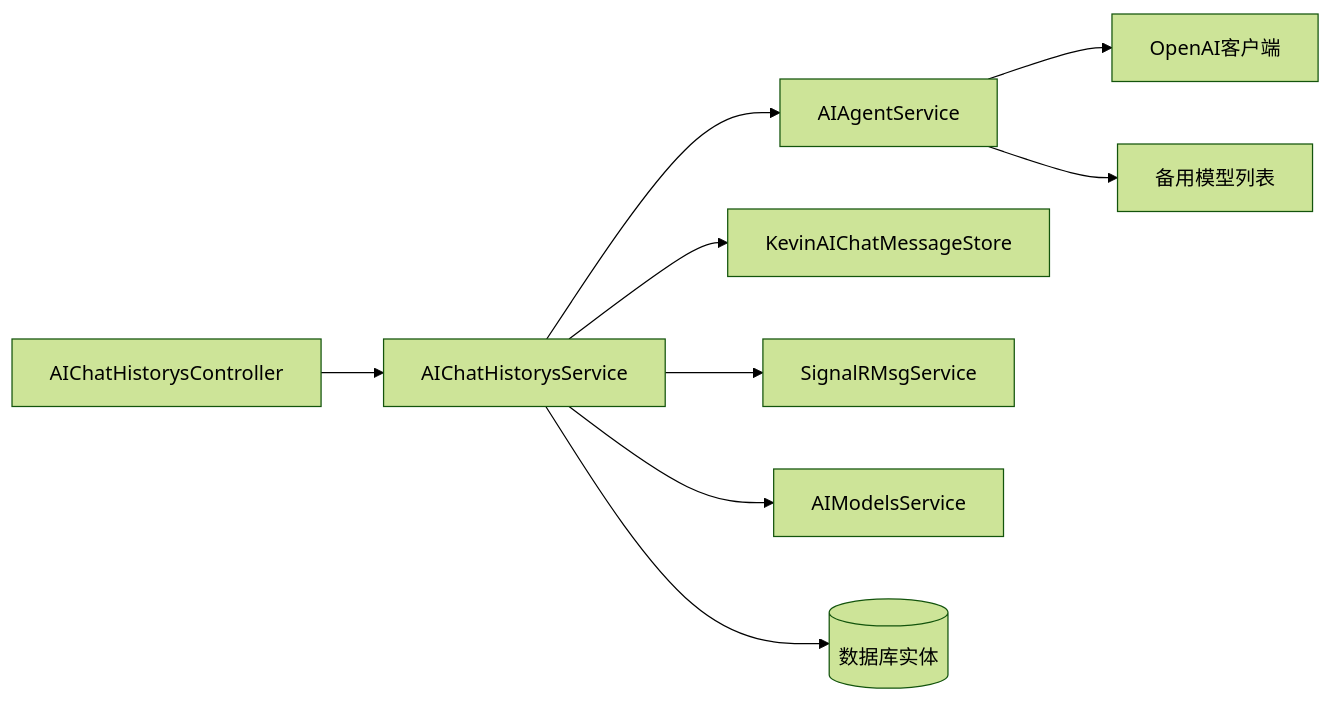
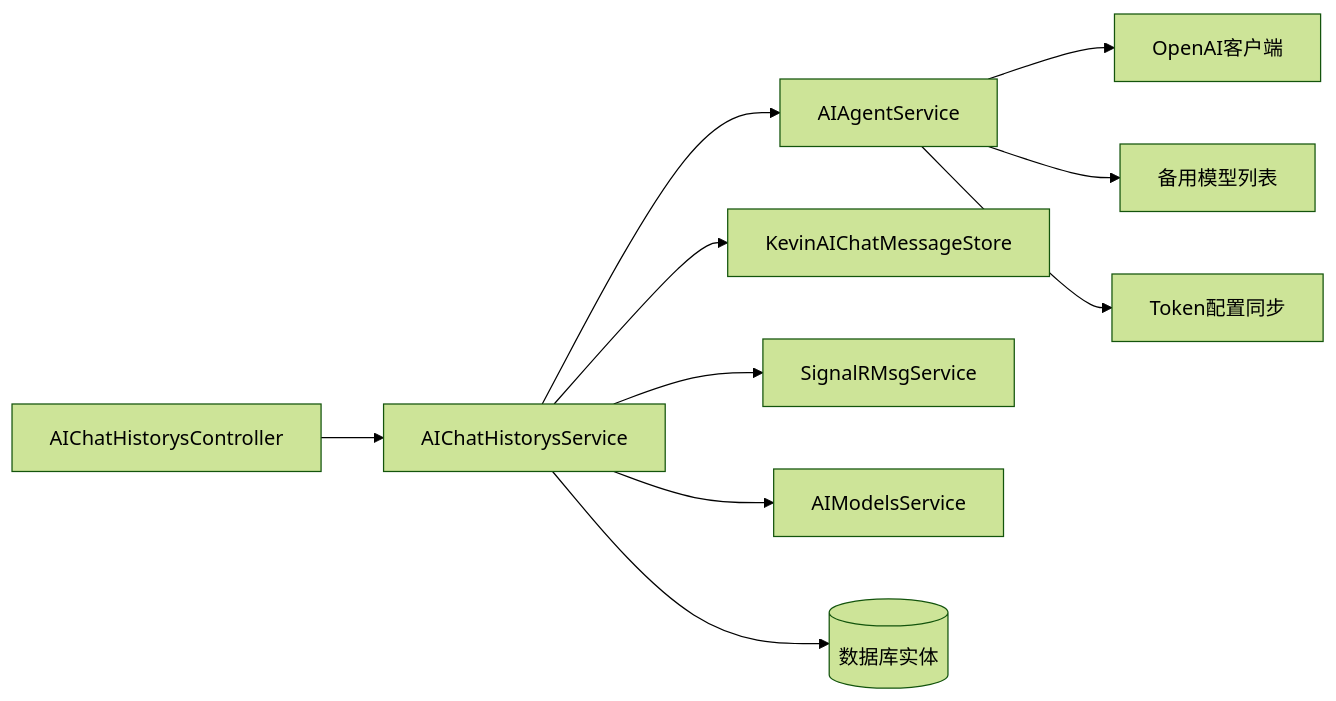
One commit to junkai-li/NetCoreKevin changed the seventh of 7 diagrams in .qoder/repowiki/zh/content/核心模块/AI智能助手/聊天对话.md. Above: the diagram before and after it, drawn with Mermaid (forest theme). The commit also changed other lines of this file and 41 other files, not shown here.

````diff
--- a/.qoder/repowiki/zh/content/核心模块/AI智能助手/聊天对话.md
+++ b/.qoder/repowiki/zh/content/核心模块/AI智能助手/聊天对话.md
@@ -331,11 +346,12 @@
 ```mermaid
 graph LR
 Ctrl["AIChatHistorysController"] --> Svc["AIChatHistorysService"]
 Svc --> Agent["AIAgentService"]
 Svc --> Store["KevinAIChatMessageStore"]
 Svc --> SR["SignalRMsgService"]
 Svc --> ModelSvc["AIModelsService"]
 Agent --> OA["OpenAI客户端"]
 Agent --> Fallback["备用模型列表"]
+Agent --> TokenSync["Token配置同步"]
 Svc --> DB[("数据库实体")]
 ```
````
